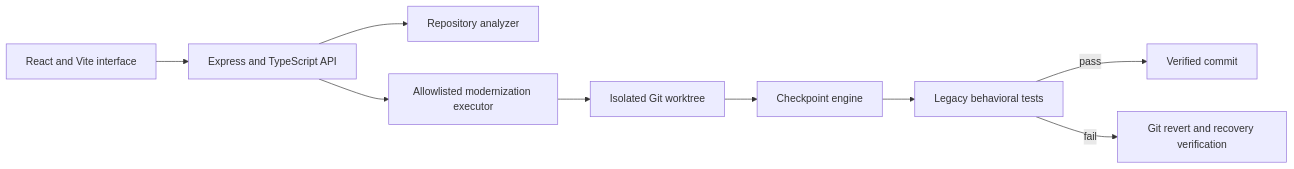
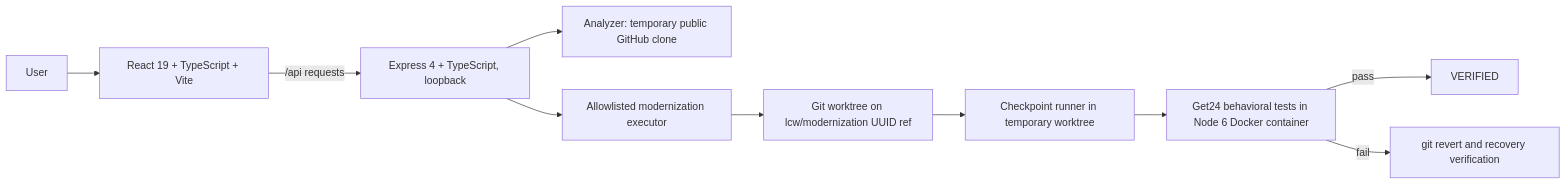
Before and after one commit to the-nidhi-bhat/Codexmatrix-IBM-Bob-Hackathon: the second of 3 diagrams in README.md, drawn with Mermaid. The commit also changed other lines of this file and 2 other files, not shown here.

````diff
--- a/README.md
+++ b/README.md
@@ -33,11 +46,12 @@
 ```mermaid
 flowchart LR
-  UI[React and Vite interface] --> API[Express and TypeScript API]
-  API --> A[Repository analyzer]
-  API --> E[Allowlisted modernization executor]
-  E --> W[Isolated Git worktree]
-  W --> C[Checkpoint engine]
-  C --> V[Legacy behavioral tests]
-  V -->|pass| OK[Verified commit]
-  V -->|fail| R[Git revert and recovery verification]
+  User --> UI[React 19 + TypeScript + Vite]
+  UI -->|/api requests| API[Express 4 + TypeScript, loopback]
+  API --> Analyzer[Analyzer: temporary public GitHub clone]
+  API --> Executor[Allowlisted modernization executor]
+  Executor --> Worktree[Git worktree on lcw/modernization UUID ref]
+  Worktree --> Runner[Checkpoint runner in temporary worktree]
+  Runner --> Suite[Get24 behavioral tests in Node 6 Docker container]
+  Suite -->|pass| Verified[VERIFIED]
+  Suite -->|fail| Revert[git revert and recovery verification]
 ```
````
